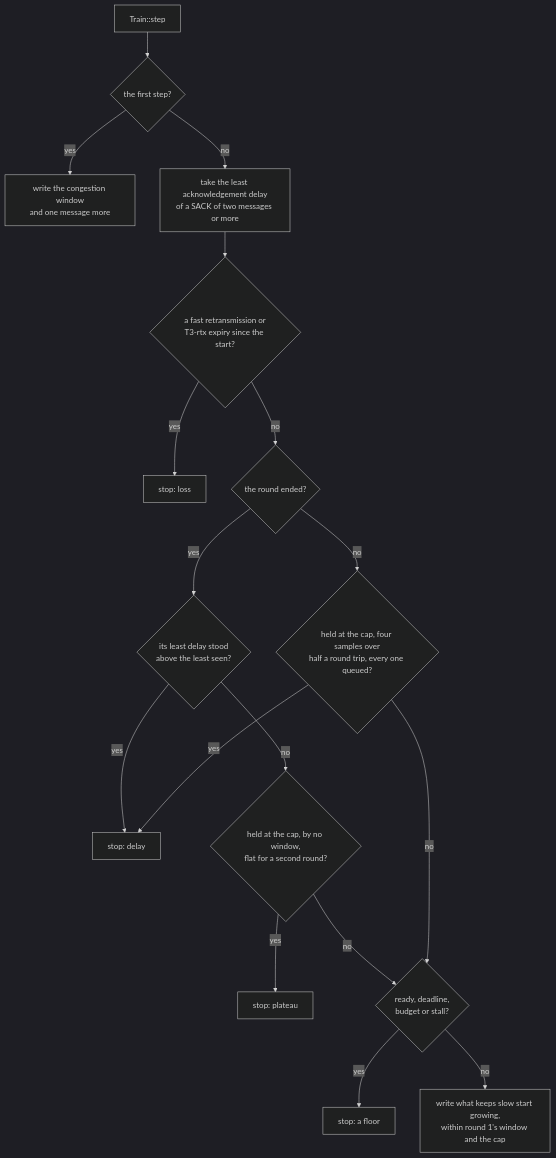
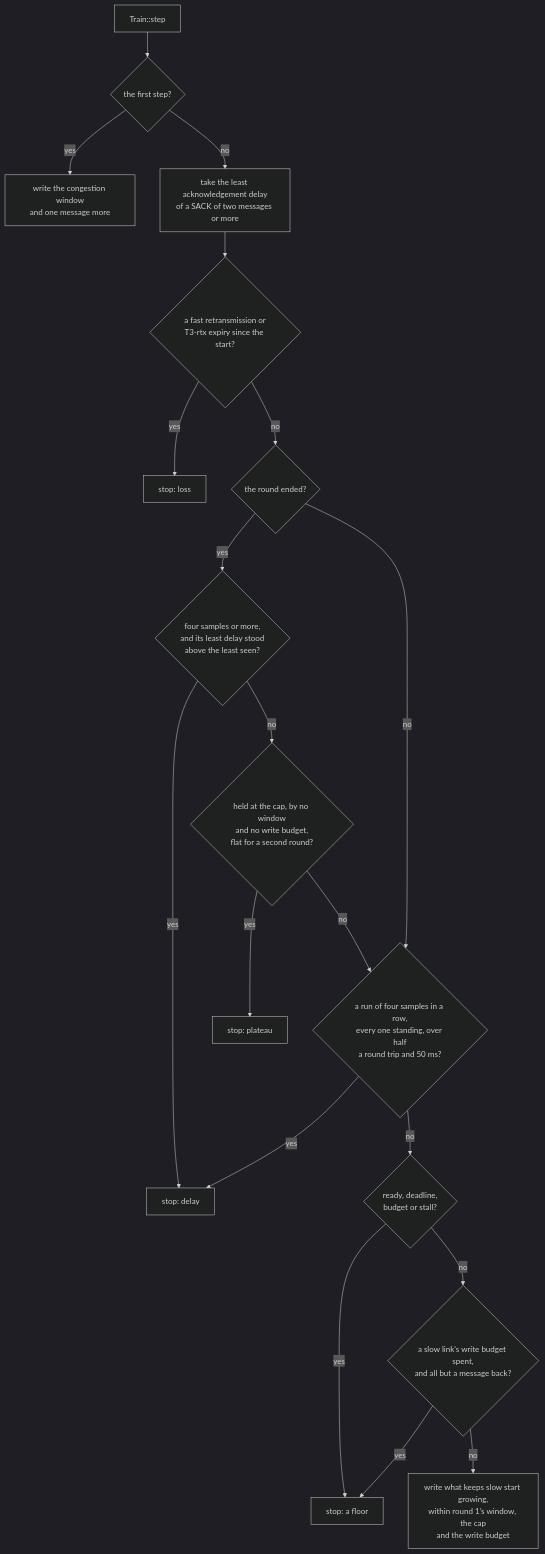
One commit to gjovanov/roomler-ai changed diagram 12 of 15 in docs/rate-control.md. Above: the diagram before and after it, drawn with Mermaid (dark theme). The commit also changed other lines of this file and 2 other files, not shown here.

````diff
--- a/docs/rate-control.md
+++ b/docs/rate-control.md
@@ -1618,19 +1618,21 @@
 ```mermaid
 flowchart TD
   A["Train::step"] --> B{"the first step?"}
   B -- yes --> W1["write the congestion window<br/>and one message more"]
   B -- no --> C["take the least acknowledgement delay<br/>of a SACK of two messages or more"]
   C --> D{"a fast retransmission or<br/>T3-rtx expiry since the start?"}
   D -- yes --> X1["stop: loss"]
   D -- no --> E{"the round ended?"}
-  E -- yes --> F{"its least delay stood<br/>above the least seen?"}
+  E -- yes --> F{"four samples or more,<br/>and its least delay stood<br/>above the least seen?"}
   F -- yes --> X2["stop: delay"]
-  F -- no --> G{"held at the cap, by no window,<br/>flat for a second round?"}
+  F -- no --> G{"held at the cap, by no window<br/>and no write budget,<br/>flat for a second round?"}
   G -- yes --> X3["stop: plateau"]
-  G -- no --> H
-  E -- no --> E2{"held at the cap, four samples over<br/>half a round trip, every one queued?"}
+  G -- no --> E2
+  E -- no --> E2{"a run of four samples in a row,<br/>every one standing, over half<br/>a round trip and 50 ms?"}
   E2 -- yes --> X2
   E2 -- no --> H{"ready, deadline,<br/>budget or stall?"}
   H -- yes --> X4["stop: a floor"]
-  H -- no --> W2["write what keeps slow start growing,<br/>within round 1's window and the cap"]
+  H -- no --> I{"a slow link's write budget spent,<br/>and all but a message back?"}
+  I -- yes --> X4
+  I -- no --> W2["write what keeps slow start growing,<br/>within round 1's window, the cap<br/>and the write budget"]
 ```
````
